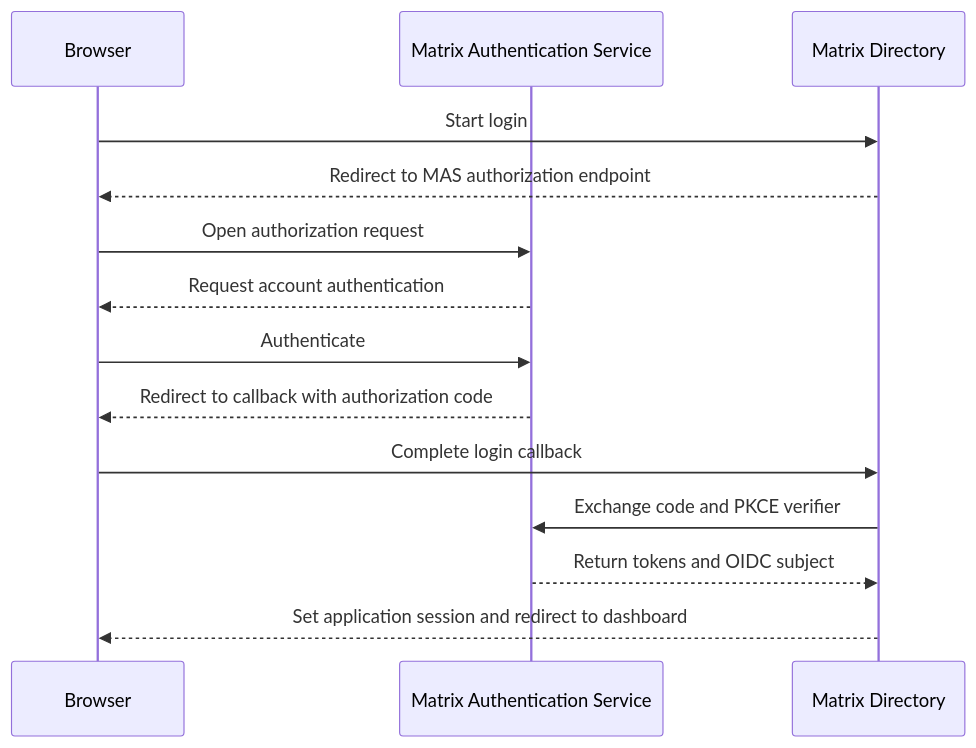
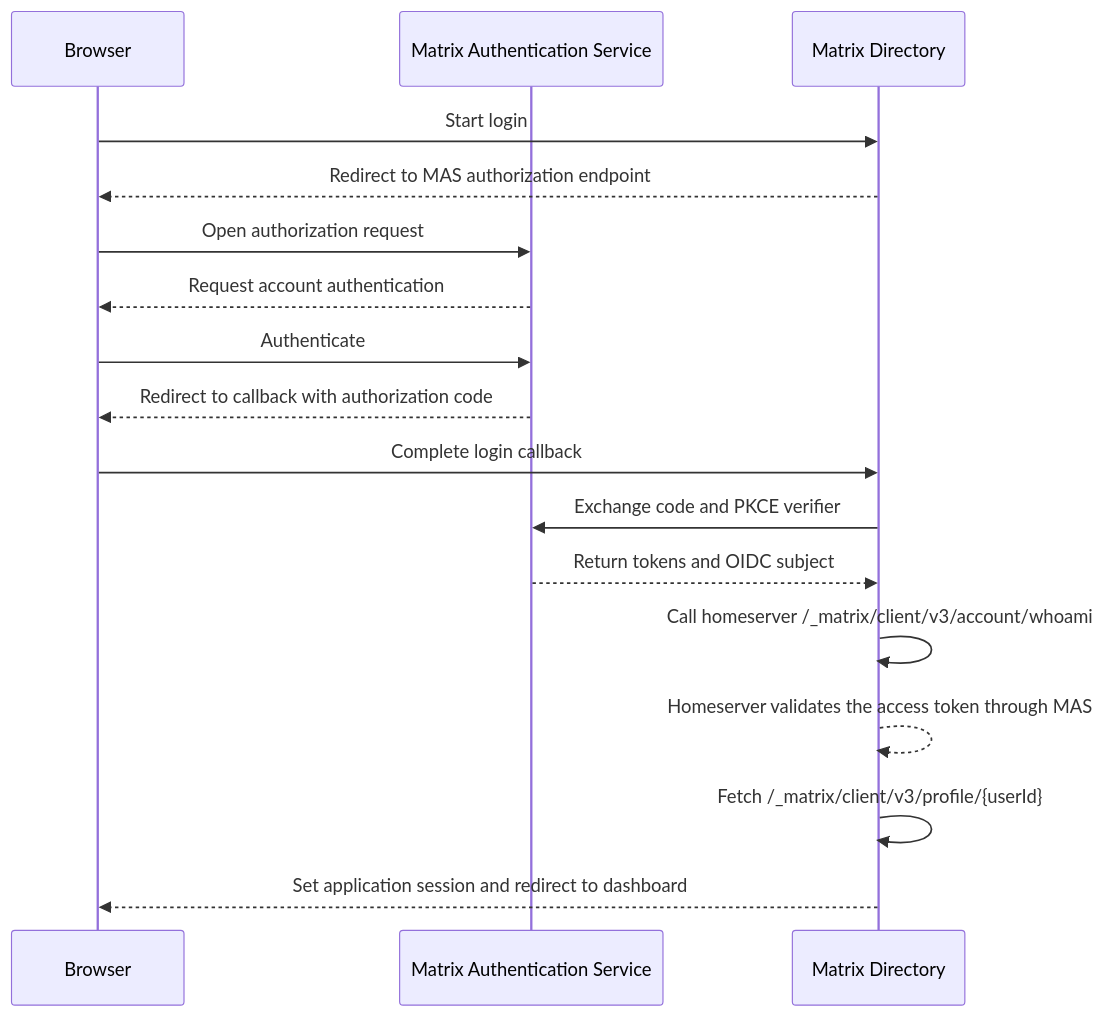
One commit to Code-Society-Lab/matrix-directory changed the first of 2 diagrams in docs/docs/architecture/authentication.md. Above: the diagram before and after it, drawn with Mermaid. The commit also changed other lines of this file and 26 other files, not shown here.

First line of the commit message:
Implement Matrix ID handling and verification in user profiles (#47)

````diff
--- a/docs/docs/architecture/authentication.md
+++ b/docs/docs/architecture/authentication.md
@@ -25,17 +25,20 @@
 ```mermaid
 sequenceDiagram
     participant Browser
     participant MAS as Matrix Authentication Service
     participant App as Matrix Directory
 
     Browser->>App: Start login
     App-->>Browser: Redirect to MAS authorization endpoint
     Browser->>MAS: Open authorization request
     MAS-->>Browser: Request account authentication
     Browser->>MAS: Authenticate
     MAS-->>Browser: Redirect to callback with authorization code
     Browser->>App: Complete login callback
     App->>MAS: Exchange code and PKCE verifier
     MAS-->>App: Return tokens and OIDC subject
+    App->>App: Call homeserver /_matrix/client/v3/account/whoami
+    App-->>App: Homeserver validates the access token through MAS
+    App->>App: Fetch /_matrix/client/v3/profile/{userId}
     App-->>Browser: Set application session and redirect to dashboard
 ```
````
